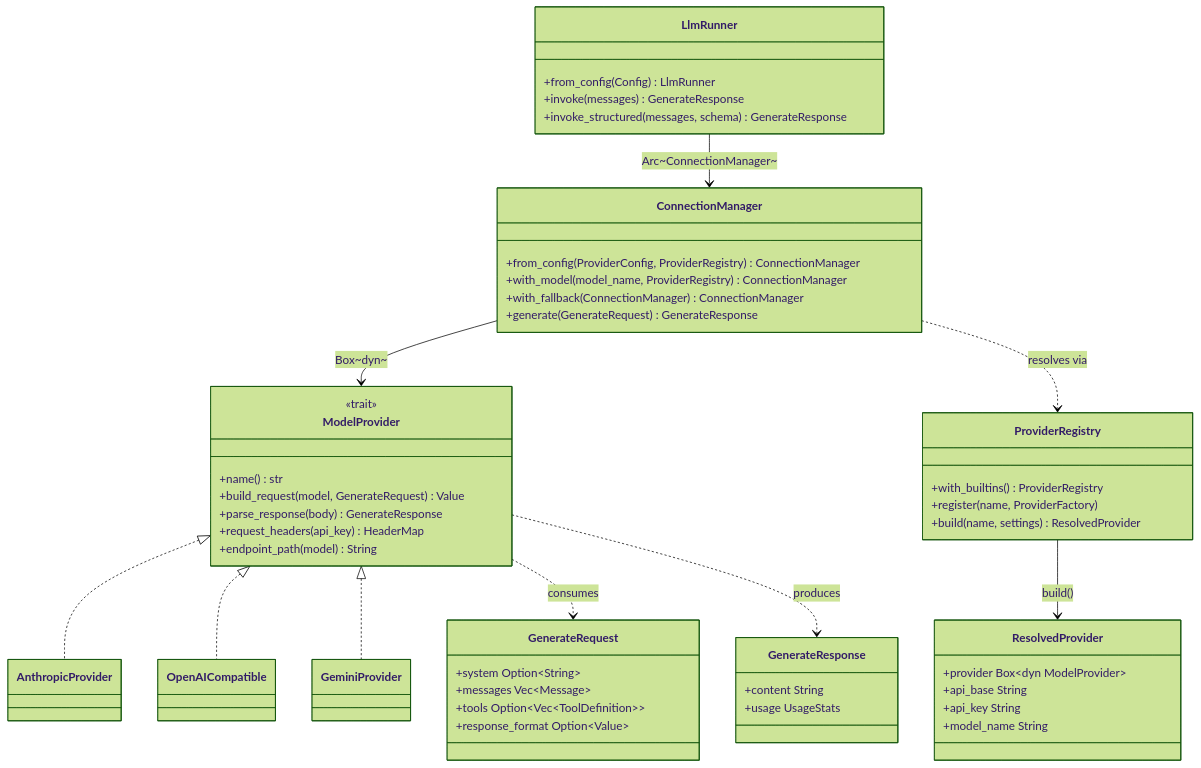
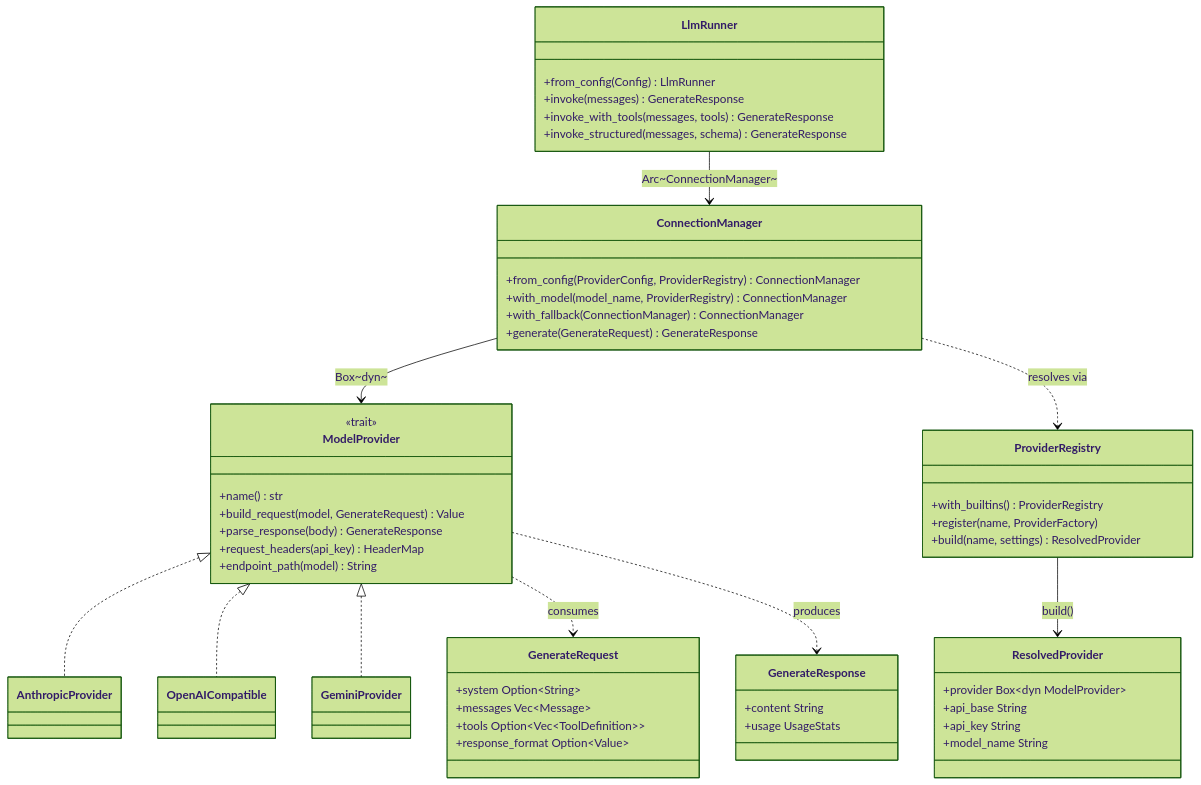
One commit to sirius-zuo/agentverse changed the diagram in wiki/core-runtime.md. Above: the diagram before and after it, drawn with Mermaid (forest theme). The commit also changed other lines of this file and 4 other files, not shown here.

````diff
--- a/wiki/core-runtime.md
+++ b/wiki/core-runtime.md
@@ -35,59 +35,60 @@
 ```mermaid
 classDiagram
     class ModelProvider {
         <<trait>>
         +name() str
         +build_request(model, GenerateRequest) Value
         +parse_response(body) GenerateResponse
         +request_headers(api_key) HeaderMap
         +endpoint_path(model) String
     }
     class AnthropicProvider
     class OpenAICompatible
     class GeminiProvider
     ModelProvider <|.. AnthropicProvider
     ModelProvider <|.. OpenAICompatible
     ModelProvider <|.. GeminiProvider
 
     class ProviderRegistry {
         +with_builtins() ProviderRegistry
         +register(name, ProviderFactory)
         +build(name, settings) ResolvedProvider
     }
     class ResolvedProvider {
         +provider Box~dyn ModelProvider~
         +api_base String
         +api_key String
         +model_name String
     }
     ProviderRegistry --> ResolvedProvider : build()
 
     class ConnectionManager {
         +from_config(ProviderConfig, ProviderRegistry) ConnectionManager
         +with_model(model_name, ProviderRegistry) ConnectionManager
         +with_fallback(ConnectionManager) ConnectionManager
         +generate(GenerateRequest) GenerateResponse
     }
     ConnectionManager --> ModelProvider : Box~dyn~
     ConnectionManager ..> ProviderRegistry : resolves via
 
     class LlmRunner {
         +from_config(Config) LlmRunner
         +invoke(messages) GenerateResponse
+        +invoke_with_tools(messages, tools) GenerateResponse
         +invoke_structured(messages, schema) GenerateResponse
     }
     LlmRunner --> ConnectionManager : Arc~ConnectionManager~
 
     class GenerateRequest {
         +system Option~String~
         +messages Vec~Message~
         +tools Option~Vec~ToolDefinition~~
         +response_format Option~Value~
     }
     class GenerateResponse {
         +content String
         +usage UsageStats
     }
     ModelProvider ..> GenerateRequest : consumes
     ModelProvider ..> GenerateResponse : produces
 ```
````
